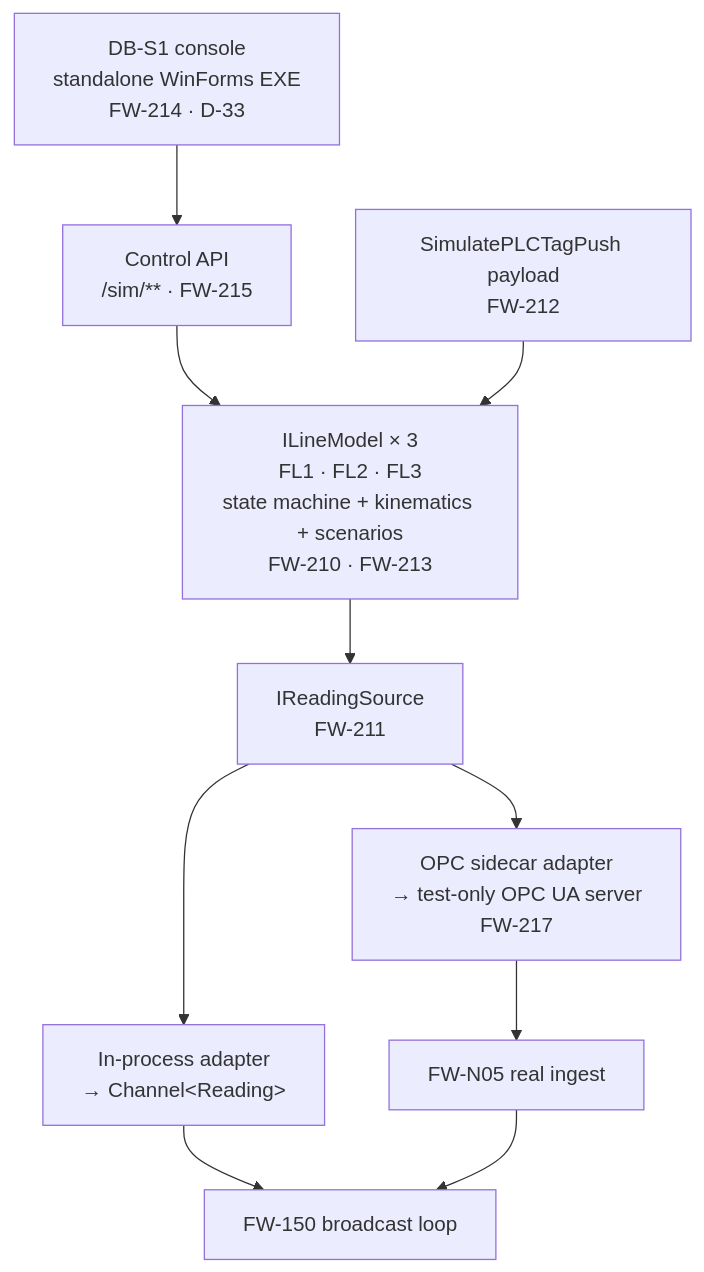
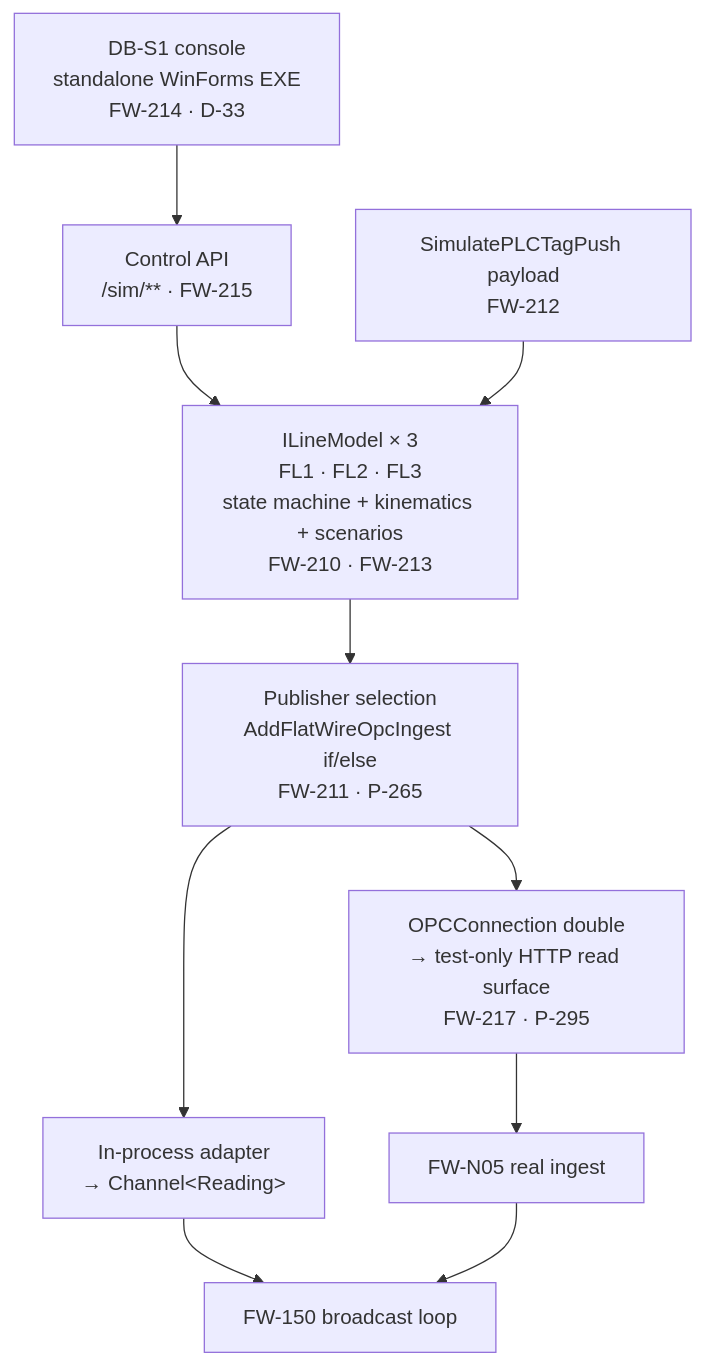
One commit to UnitedAluminum/Flatwire-planning changed the diagram in 20-architecture/MachineSimulator.md. Above: the diagram before and after it, drawn with Mermaid. The commit also changed other lines of this file and 17 other files, not shown here.

````diff
--- a/20-architecture/MachineSimulator.md
+++ b/20-architecture/MachineSimulator.md
@@ -109,18 +122,18 @@
 ```mermaid
 flowchart TB
   CONSOLE["DB-S1 console<br/>standalone WinForms EXE<br/>FW-214 · D-33"]
   CTRL["Control API<br/>/sim/** · FW-215"]
   CORE["ILineModel × 3<br/>FL1 · FL2 · FL3<br/>state machine + kinematics + scenarios<br/>FW-210 · FW-213"]
   PUSH["SimulatePLCTagPush payload<br/>FW-212"]
-  SEAM["IReadingSource<br/>FW-211"]
+  SEAM["Publisher selection<br/>AddFlatWireOpcIngest if/else<br/>FW-211 · P-265"]
   INPROC["In-process adapter<br/>→ Channel&lt;Reading&gt;"]
-  SIDECAR["OPC sidecar adapter<br/>→ test-only OPC UA server<br/>FW-217"]
+  SIDECAR["OPCConnection double<br/>→ test-only HTTP read surface<br/>FW-217 · P-295"]
   INGEST["FW-N05 real ingest"]
   LOOP["FW-150 broadcast loop"]
 
   CONSOLE --> CTRL --> CORE
   PUSH --> CORE
   CORE --> SEAM
   SEAM --> INPROC --> LOOP
   SEAM --> SIDECAR --> INGEST --> LOOP
 ```
````
